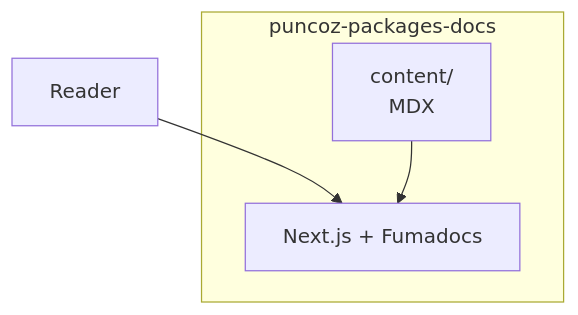
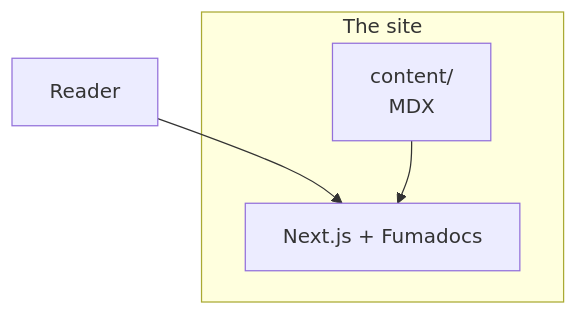
One commit to nepal-dev-com/docs.nepal-dev.com changed the diagram in content/docs/maintain/_templates/architecture.mdx. Above: the diagram before and after it, drawn with Mermaid. The commit also changed 26 other files, not shown here.

````diff
--- a/content/docs/maintain/_templates/architecture.mdx
+++ b/content/docs/maintain/_templates/architecture.mdx
@@ -29,9 +29,9 @@
 ```mermaid
 flowchart TB
-  subgraph Site["puncoz-packages-docs"]
+  subgraph Site["The site"]
     CONTENT["content/<br/>MDX"]
     APP["Next.js + Fumadocs"]
   end
   Reader["Reader"] --> APP
   CONTENT --> APP
 ```
````
